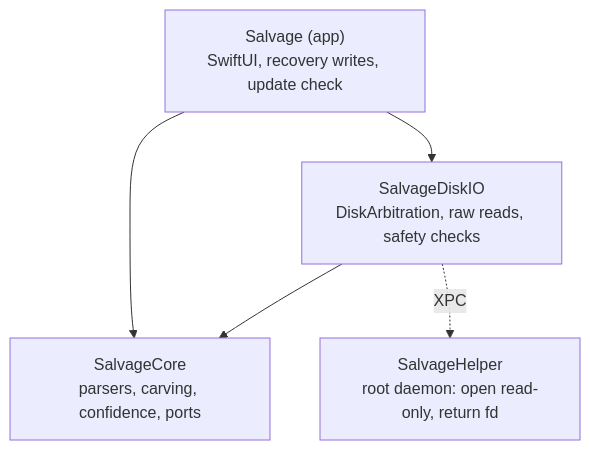
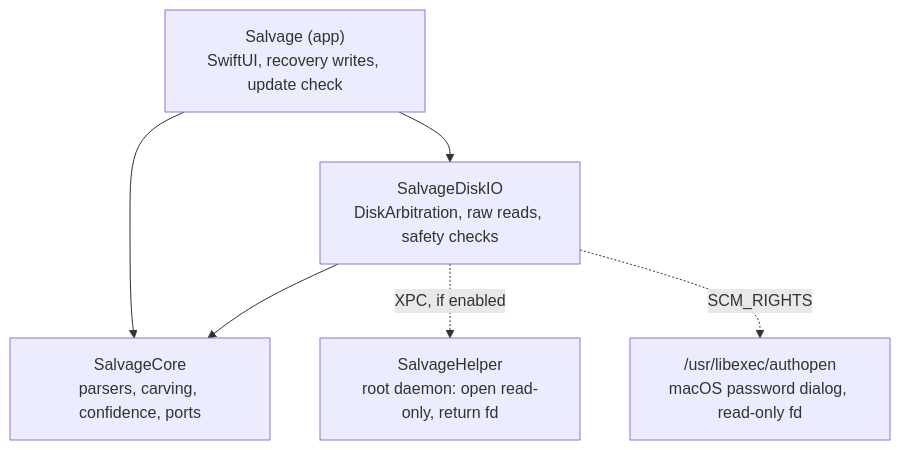
One commit to hsmith-dev/Salvage changed the diagram in docs/ARCHITECTURE.md. Above: the diagram before and after it, drawn with Mermaid. The commit also changed other lines of this file and 22 other files, not shown here.

First line of the commit message:
feat(diskio): read physical drives via authopen password dialog, no Terminal

````diff
--- a/docs/ARCHITECTURE.md
+++ b/docs/ARCHITECTURE.md
@@ -25,7 +25,8 @@
 ```mermaid
 graph TD
     App["Salvage (app)<br/>SwiftUI, recovery writes, update check"] --> Core["SalvageCore<br/>parsers, carving, confidence, ports"]
     App --> DiskIO["SalvageDiskIO<br/>DiskArbitration, raw reads, safety checks"]
     DiskIO --> Core
-    DiskIO -. XPC .-> Helper["SalvageHelper<br/>root daemon: open read-only, return fd"]
+    DiskIO -. XPC, if enabled .-> Helper["SalvageHelper<br/>root daemon: open read-only, return fd"]
+    DiskIO -. SCM_RIGHTS .-> Authopen["/usr/libexec/authopen<br/>macOS password dialog, read-only fd"]
 ```
````
